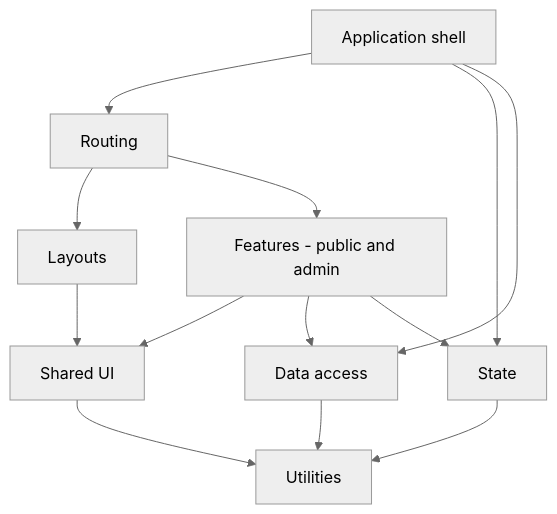
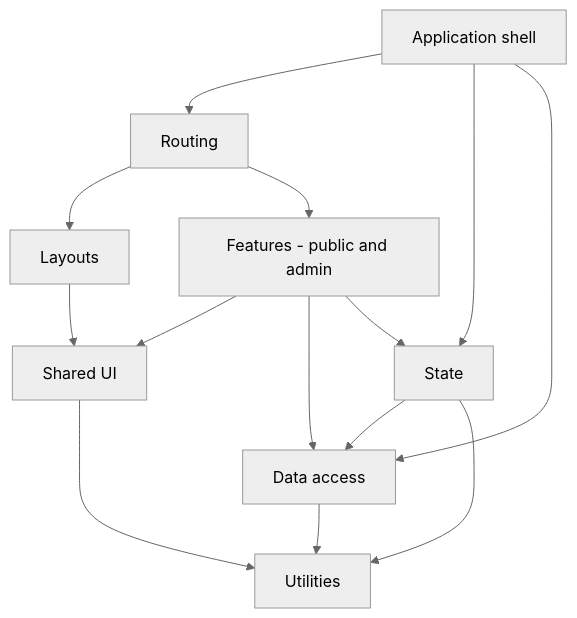
One commit to mbuxcodes/personal-portfolio-platform changed the third of 11 diagrams in docs/ARCHITECTURE_DESIGN.md. Above: the diagram before and after it, drawn with Mermaid (neutral theme). The commit also changed other lines of this file and 47 other files, not shown here.

````diff
--- a/docs/ARCHITECTURE_DESIGN.md
+++ b/docs/ARCHITECTURE_DESIGN.md
@@ -229,24 +229,25 @@
 ```mermaid
 flowchart TB
     APP[Application shell]
     RT[Routing]
     LY[Layouts]
     FT[Features - public and admin]
     UI[Shared UI]
     DA[Data access]
     ST[State]
     UT[Utilities]
 
     APP --> RT
     APP --> ST
     APP --> DA
+    ST --> DA
     RT --> LY
     RT --> FT
     LY --> UI
     FT --> UI
     FT --> DA
     FT --> ST
     UI --> UT
     DA --> UT
     ST --> UT
 ```
````
